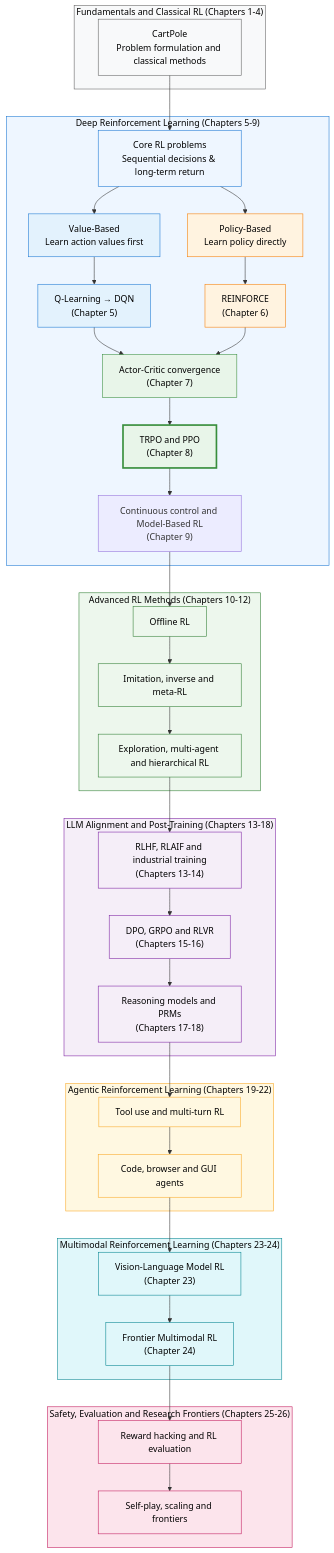
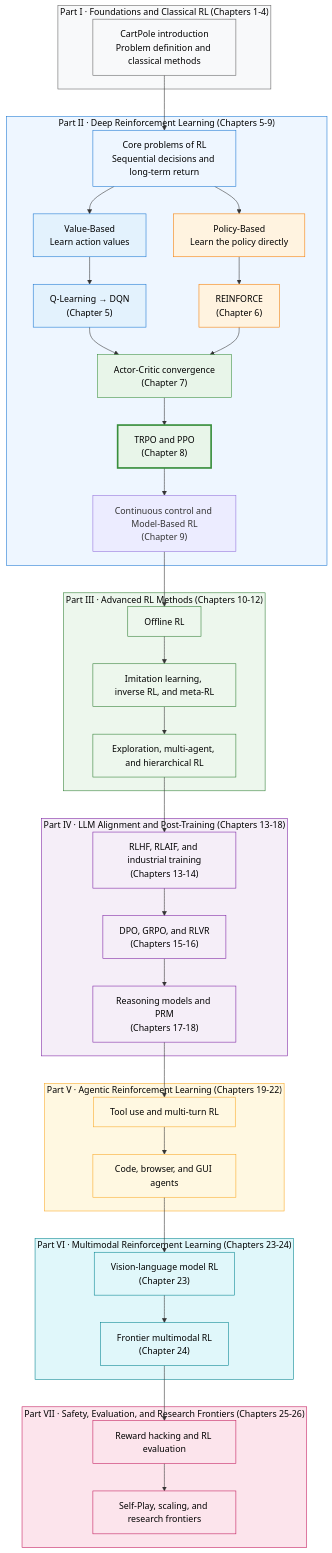
One commit to saisandeshk/hands-on-modern-rl-en changed the diagram in docs/en/preface/introduction.md. Above: the diagram before and after it, drawn with Mermaid. The commit also changed other lines of this file and 88 other files, not shown here.

````diff
--- a/docs/en/preface/introduction.md
+++ b/docs/en/preface/introduction.md
@@ -317,75 +288,75 @@
 ```mermaid
 graph TD
-    subgraph P1["Fundamentals and Classical RL (Chapters 1-4)"]
-        Q["CartPole<br/>Problem formulation and classical methods"]
+    subgraph P1["Part I · Foundations and Classical RL (Chapters 1-4)"]
+        Q["CartPole introduction<br/>Problem definition and classical methods"]
     end
 
-    subgraph P2["Deep Reinforcement Learning (Chapters 5-9)"]
-        A["Core RL problems<br/>Sequential decisions & long-term return"] --> B["Value-Based<br/>Learn action values first"]
-        A --> C["Policy-Based<br/>Learn policy directly"]
+    subgraph P2["Part II · Deep Reinforcement Learning (Chapters 5-9)"]
+        A["Core problems of RL<br/>Sequential decisions and long-term return"] --> B["Value-Based<br/>Learn action values"]
+        A --> C["Policy-Based<br/>Learn the policy directly"]
         B --> D["Q-Learning → DQN<br/>(Chapter 5)"]
         C --> E["REINFORCE<br/>(Chapter 6)"]
         D --> F["Actor-Critic convergence<br/>(Chapter 7)"]
         E --> F
         F --> G["TRPO and PPO<br/>(Chapter 8)"]
         G --> H["Continuous control and Model-Based RL<br/>(Chapter 9)"]
     end
 
-    subgraph P3["Advanced RL Methods (Chapters 10-12)"]
-        I["Offline RL"] --> J["Imitation, inverse and meta-RL"]
-        J --> K["Exploration, multi-agent and hierarchical RL"]
+    subgraph P3["Part III · Advanced RL Methods (Chapters 10-12)"]
+        I["Offline RL"] --> J["Imitation learning, inverse RL, and meta-RL"]
+        J --> K["Exploration, multi-agent, and hierarchical RL"]
     end
 
-    subgraph P4["LLM Alignment and Post-Training (Chapters 13-18)"]
-        L["RLHF, RLAIF and industrial training<br/>(Chapters 13-14)"] --> M["DPO, GRPO and RLVR<br/>(Chapters 15-16)"]
-        M --> N["Reasoning models and PRMs<br/>(Chapters 17-18)"]
+    subgraph P4["Part IV · LLM Alignment and Post-Training (Chapters 13-18)"]
+        L["RLHF, RLAIF, and industrial training<br/>(Chapters 13-14)"] --> M["DPO, GRPO, and RLVR<br/>(Chapters 15-16)"]
+        M --> N["Reasoning models and PRM<br/>(Chapters 17-18)"]
     end
 
-    subgraph P5["Agentic Reinforcement Learning (Chapters 19-22)"]
-        O["Tool use and multi-turn RL"] --> P["Code, browser and GUI agents"]
+    subgraph P5["Part V · Agentic Reinforcement Learning (Chapters 19-22)"]
+        O["Tool use and multi-turn RL"] --> P["Code, browser, and GUI agents"]
     end
 
-    subgraph P6["Multimodal Reinforcement Learning (Chapters 23-24)"]
-        R["Vision-Language Model RL<br/>(Chapter 23)"] --> S["Frontier Multimodal RL<br/>(Chapter 24)"]
+    subgraph P6["Part VI · Multimodal Reinforcement Learning (Chapters 23-24)"]
+        R["Vision-language model RL<br/>(Chapter 23)"] --> S["Frontier multimodal RL<br/>(Chapter 24)"]
     end
 
-    subgraph P7["Safety, Evaluation and Research Frontiers (Chapters 25-26)"]
-        T["Reward hacking and RL evaluation"] --> U["Self-play, scaling and frontiers"]
+    subgraph P7["Part VII · Safety, Evaluation, and Research Frontiers (Chapters 25-26)"]
+        T["Reward hacking and RL evaluation"] --> U["Self-Play, scaling, and research frontiers"]
     end
 
     Q --> A
     H --> I
     K --> L
     N --> O
     P --> R
     S --> T
 
     style P1 fill:#f8f9fa,stroke:#616161,color:#000
     style P2 fill:#eef6ff,stroke:#1976d2,color:#000
     style P3 fill:#edf7ed,stroke:#2e7d32,color:#000
     style P4 fill:#f5eef8,stroke:#7b1fa2,color:#000
     style P5 fill:#fff8e1,stroke:#f9a825,color:#000
     style P6 fill:#e0f7fa,stroke:#00838f,color:#000
     style P7 fill:#fce4ec,stroke:#c2185b,color:#000
     style Q fill:#f8f9fa,stroke:#616161,color:#000
     style A fill:#eef6ff,stroke:#1976d2,color:#000
     style B fill:#e3f2fd,stroke:#1976d2,color:#000
     style D fill:#e3f2fd,stroke:#1976d2,color:#000
     style C fill:#fff3e0,stroke:#f57c00,color:#000
     style E fill:#fff3e0,stroke:#f57c00,color:#000
     style F fill:#e8f5e9,stroke:#388e3c,color:#000
     style G fill:#e8f5e9,stroke:#388e3c,stroke-width:3px,color:#000
     style I fill:#edf7ed,stroke:#2e7d32,color:#000
     style J fill:#edf7ed,stroke:#2e7d32,color:#000
     style K fill:#edf7ed,stroke:#2e7d32,color:#000
     style L fill:#f5eef8,stroke:#7b1fa2,color:#000
     style M fill:#f5eef8,stroke:#7b1fa2,color:#000
     style N fill:#f5eef8,stroke:#7b1fa2,color:#000
     style O fill:#fff8e1,stroke:#f9a825,color:#000
     style P fill:#fff8e1,stroke:#f9a825,color:#000
     style R fill:#e0f7fa,stroke:#00838f,color:#000
     style S fill:#e0f7fa,stroke:#00838f,color:#000
     style T fill:#fce4ec,stroke:#c2185b,color:#000
     style U fill:#fce4ec,stroke:#c2185b,color:#000
 
 ```
````
